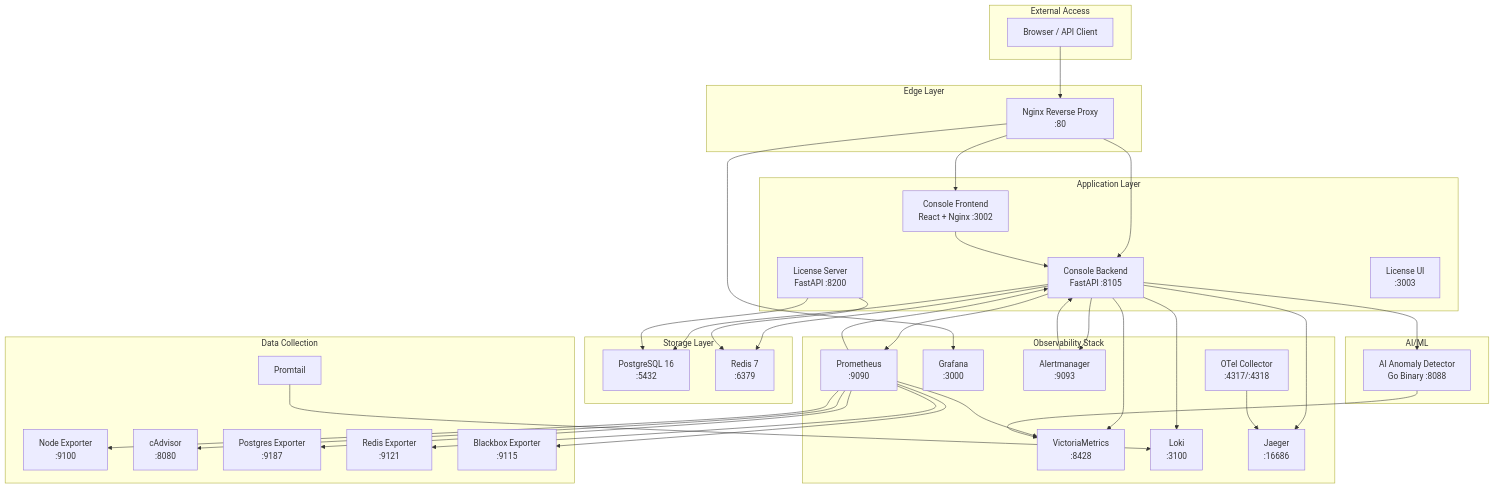
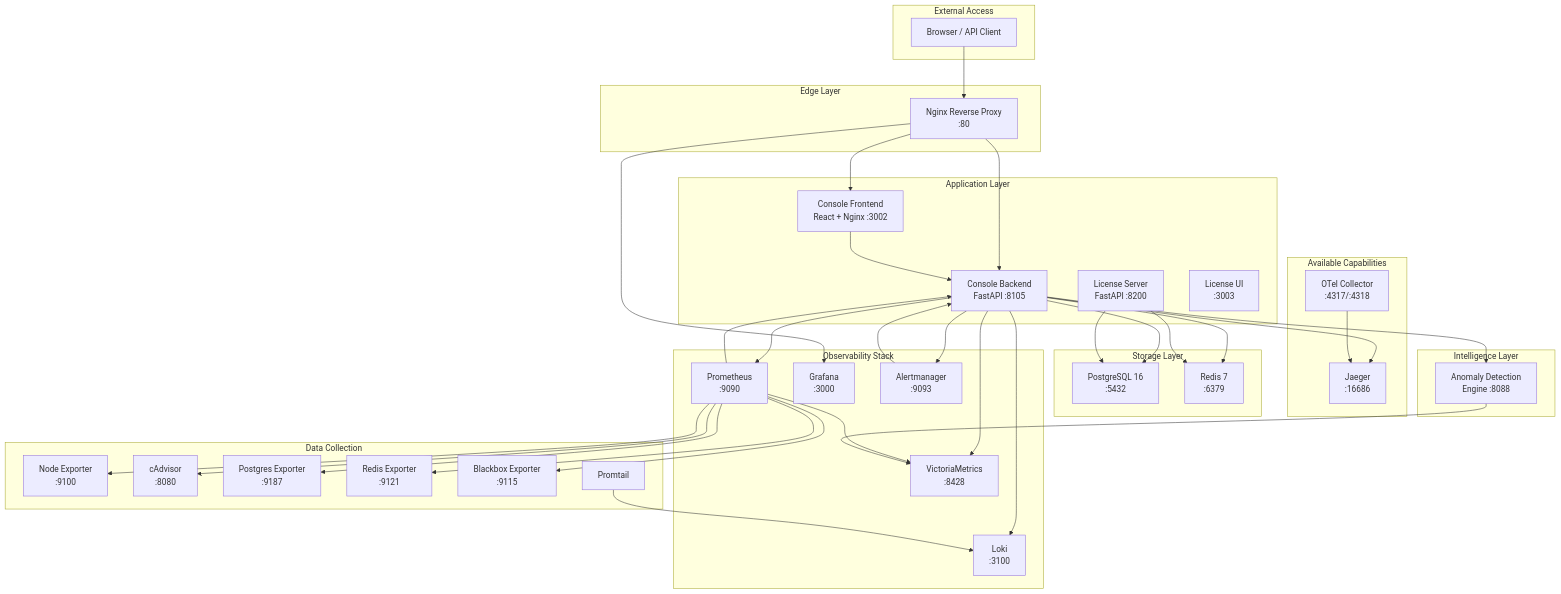
Before and after one commit to Rafael2712/rhinometric-overview: the first of 2 diagrams in rhinometric-console/docs/TECHNICAL_PLATFORM_OVERVIEW.md, drawn with Mermaid. The commit also changed other lines of this file and 11 other files, not shown here.

````diff
--- a/rhinometric-console/docs/TECHNICAL_PLATFORM_OVERVIEW.md
+++ b/rhinometric-console/docs/TECHNICAL_PLATFORM_OVERVIEW.md
@@ -14,72 +14,75 @@
 ```mermaid
 graph TB
     subgraph "External Access"
         USER["Browser / API Client"]
     end
 
     subgraph "Edge Layer"
         NGINX["Nginx Reverse Proxy<br/>:80"]
     end
 
     subgraph "Application Layer"
         FE["Console Frontend<br/>React + Nginx :3002"]
         BE["Console Backend<br/>FastAPI :8105"]
         LS["License Server<br/>FastAPI :8200"]
         LUI["License UI<br/>:3003"]
     end
 
     subgraph "Observability Stack"
         PROM["Prometheus<br/>:9090"]
         VM["VictoriaMetrics<br/>:8428"]
         LOKI["Loki<br/>:3100"]
-        JAEGER["Jaeger<br/>:16686"]
         GRAFANA["Grafana<br/>:3000"]
         AM["Alertmanager<br/>:9093"]
+    end
+
+    subgraph "Available Capabilities"
+        JAEGER["Jaeger<br/>:16686"]
         OTEL["OTel Collector<br/>:4317/:4318"]
     end
 
     subgraph "Data Collection"
         NE["Node Exporter<br/>:9100"]
         CA["cAdvisor<br/>:8080"]
         PE["Postgres Exporter<br/>:9187"]
         RE["Redis Exporter<br/>:9121"]
         BB["Blackbox Exporter<br/>:9115"]
         PT["Promtail"]
     end
 
     subgraph "Storage Layer"
         PG["PostgreSQL 16<br/>:5432"]
         REDIS["Redis 7<br/>:6379"]
     end
 
-    subgraph "AI/ML"
-        AI["AI Anomaly Detector<br/>Go Binary :8088"]
+    subgraph "Intelligence Layer"
+        AI["Anomaly Detection<br/>Engine :8088"]
     end
 
     USER --> NGINX
     NGINX --> FE
     NGINX --> BE
     NGINX --> GRAFANA
     FE --> BE
     BE --> PG
     BE --> REDIS
     BE --> PROM
     BE --> VM
     BE --> LOKI
     BE --> JAEGER
     BE --> AM
     BE --> AI
     LS --> PG
     LS --> REDIS
     PROM --> VM
     PROM --> NE
     PROM --> CA
     PROM --> PE
     PROM --> RE
     PROM --> BB
     PROM --> BE
     PT --> LOKI
     OTEL --> JAEGER
     AI --> VM
     AM --> BE
 ```
````
